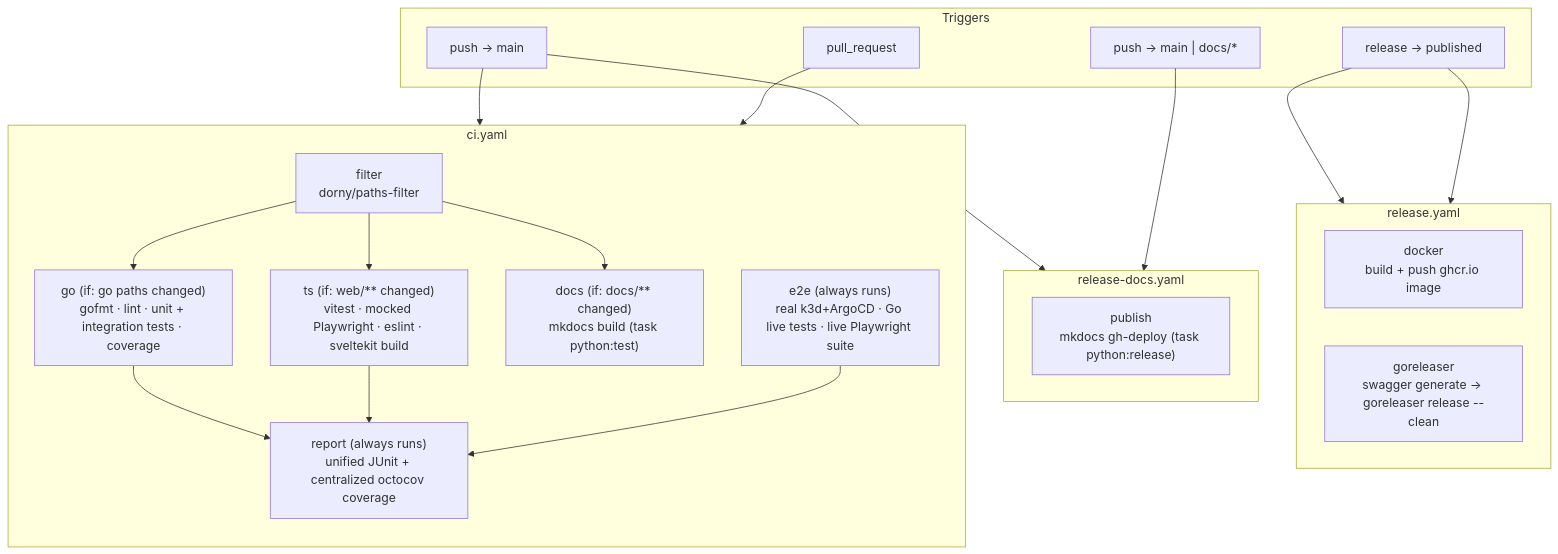
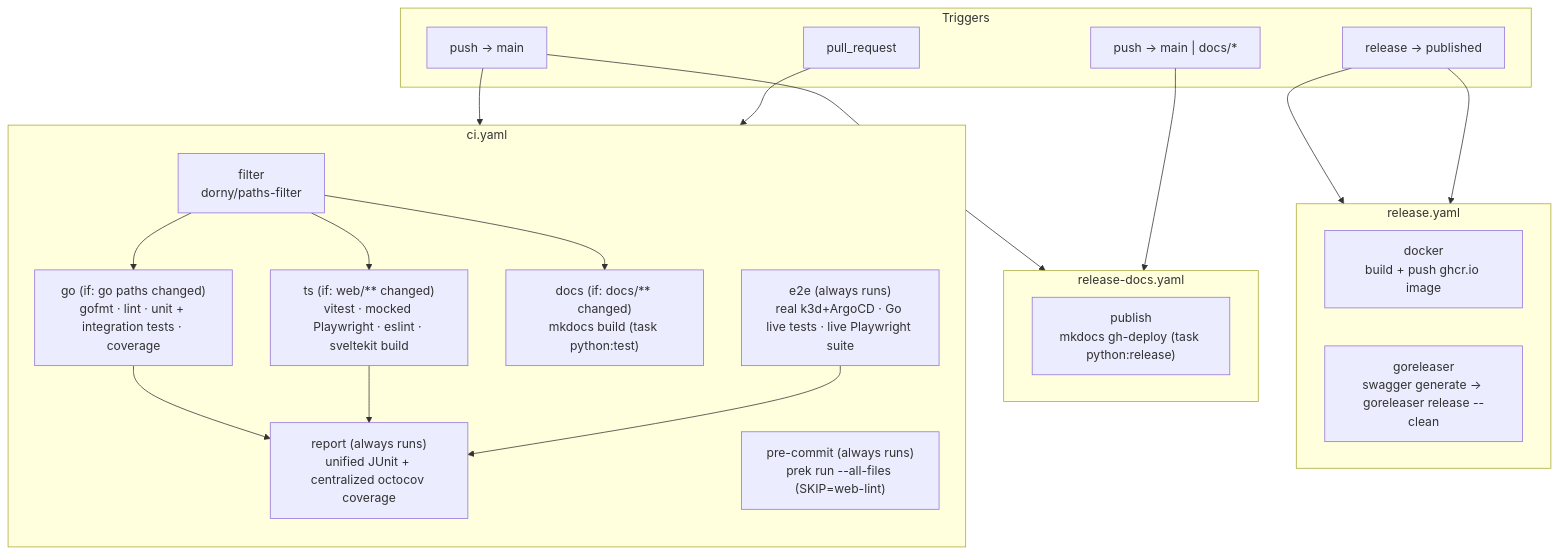
The diagram in docs/agents/ci.md (ivanklee86/tangle), drawn with Mermaid before and after one commit. The commit also changed other lines of this file, not shown here.

First line of the commit message:
Update docs/agents/ci.md for the new pre-commit job

````diff
--- a/docs/agents/ci.md
+++ b/docs/agents/ci.md
@@ -17,43 +17,44 @@
 ```mermaid
 flowchart TB
     subgraph triggers[Triggers]
         push_main["push → main"]
         pr["pull_request"]
         push_docs["push → main | docs/*"]
         release_pub["release → published"]
     end
 
     subgraph ci_wf["ci.yaml"]
         direction TB
         filter_job["filter<br/>dorny/paths-filter"]
         go_job["go (if: go paths changed)<br/>gofmt · lint · unit + integration tests · coverage"]
         ts_job["ts (if: web/** changed)<br/>vitest · mocked Playwright · eslint · sveltekit build"]
         docs_job["docs (if: docs/** changed)<br/>mkdocs build (task python:test)"]
+        pre_commit_job["pre-commit (always runs)<br/>prek run --all-files (SKIP=web-lint)"]
         e2e_job["e2e (always runs)<br/>real k3d+ArgoCD · Go live tests · live Playwright suite"]
         report_job["report (always runs)<br/>unified JUnit + centralized octocov coverage"]
 
         filter_job --> go_job
         filter_job --> ts_job
         filter_job --> docs_job
         go_job --> report_job
         ts_job --> report_job
         e2e_job --> report_job
     end
 
     subgraph docs_wf["release-docs.yaml"]
         publish_job["publish<br/>mkdocs gh-deploy (task python:release)"]
     end
 
     subgraph release_wf["release.yaml"]
         direction LR
         docker_job["docker<br/>build + push ghcr.io image"]
         goreleaser_job["goreleaser<br/>swagger generate → goreleaser release --clean"]
     end
 
     push_main --> ci_wf
     pr --> ci_wf
     push_main --> docs_wf
     push_docs --> docs_wf
     release_pub --> docker_job
     release_pub --> goreleaser_job
 ```
````
